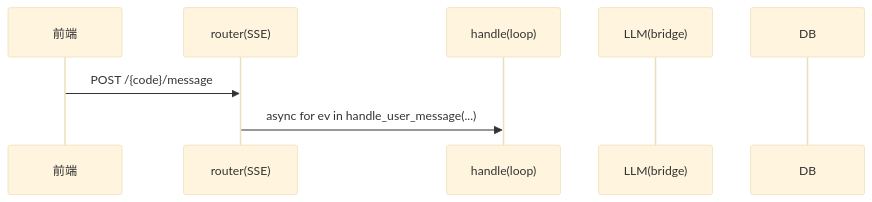
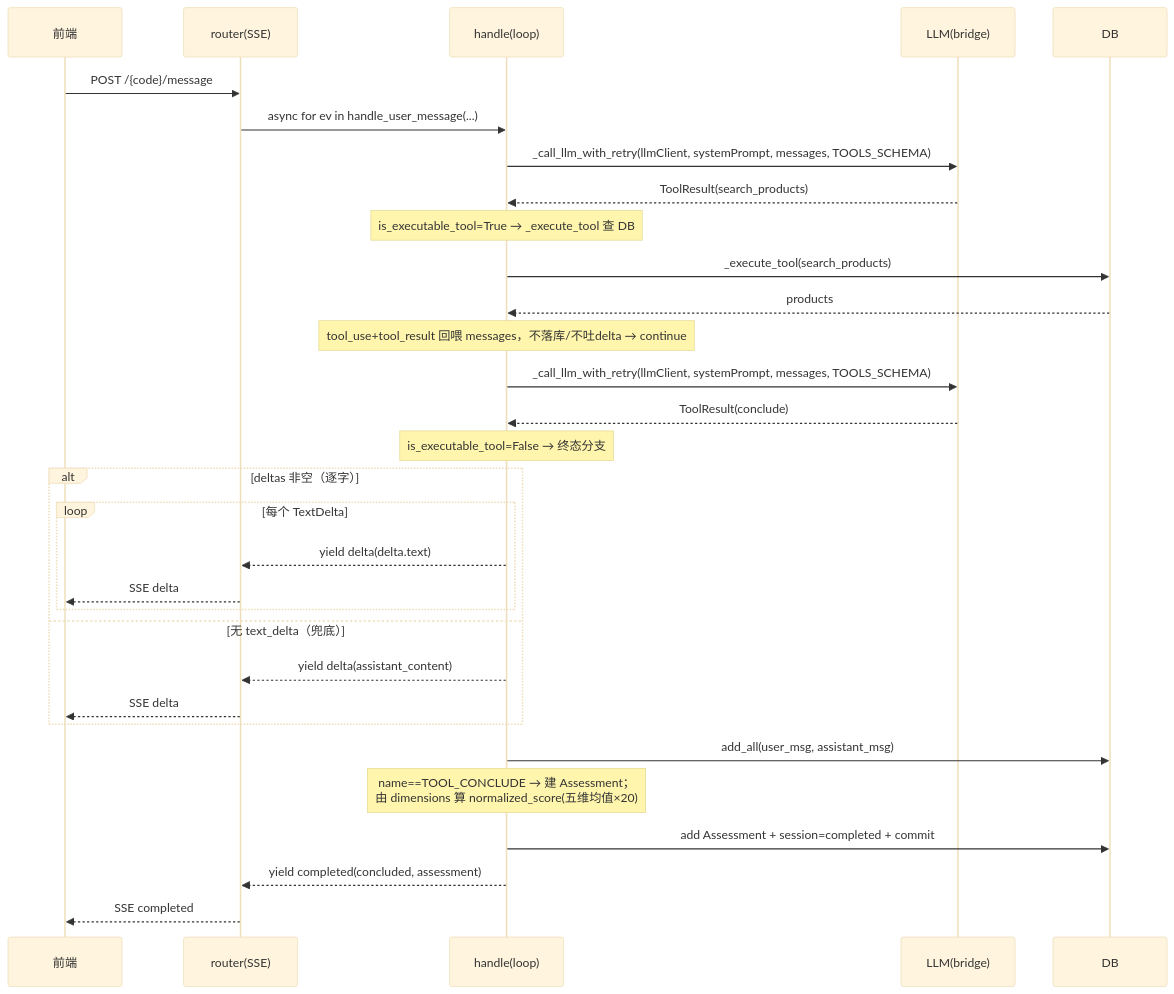
Before and after one commit to hzjconan/ai-FinWise: the second of 3 diagrams in docs/ai-agent-learning/handle-user-message-sequence.md, drawn with Mermaid (base theme).

Commit message:
docs(learning): A#1 时序图路径二（search→conclude）画好
补全路径二：第1轮 LLM 返回 search_products→is_executable=True→_execute_tool 查 DB→
tool_use+tool_result 回喂 messages（不落库/不吐delta）→continue→第2轮返回 conclude→终态收尾。
体现了 agent loop 的核心：可执行工具是「中间步骤」、终态工具是「终点」。路径三仍为 TODO。

````diff
--- a/docs/ai-agent-learning/handle-user-message-sequence.md
+++ b/docs/ai-agent-learning/handle-user-message-sequence.md
@@ -55,16 +55,39 @@
 ```mermaid
 sequenceDiagram
     participant FE as 前端
     participant R as router(SSE)
     participant H as handle(loop)
     participant LLM as LLM(bridge)
     participant DB as DB
 
     FE->>R: POST /{code}/message
     R->>H: async for ev in handle_user_message(...)
     %% TODO 第1轮：LLM 返回 ToolResult(search_products)
+    H->>LLM: _call_llm_with_retry(llmClient, systemPrompt, messages, TOOLS_SCHEMA)
+    LLM-->>H: ToolResult(search_products)
     %% TODO：is_executable_tool=True → _execute_tool 查 DB
+    Note over H: is_executable_tool=True → _execute_tool 查 DB
+    H->>DB: _execute_tool(search_products)
+    DB-->>H: products
     %% TODO：Note over H 标「tool_use+tool_result 回喂 messages，不落库/不吐delta」→ continue
+    Note over H: tool_use+tool_result 回喂 messages，不落库/不吐delta → continue
     %% TODO 第2轮：LLM 返回 conclude（此时 messages 已含 tool_result）
+    H->>LLM: _call_llm_with_retry(llmClient, systemPrompt, messages, TOOLS_SCHEMA)
+    LLM-->>H: ToolResult(conclude)
     %% TODO：落盘/建 Assessment → yield delta/completed → R 转 SSE
+    Note over H: is_executable_tool=False → 终态分支
+        alt deltas 非空（逐字）
+        loop 每个 TextDelta
+            H-->>R: yield delta(delta.text)
+            R-->>FE: SSE delta
+        end
+    else 无 text_delta（兜底）
+        H-->>R: yield delta(assistant_content)
+        R-->>FE: SSE delta
+    end
+    H->>DB: add_all(user_msg, assistant_msg)
+    Note over H: name==TOOL_CONCLUDE → 建 Assessment；<br/>由 dimensions 算 normalized_score(五维均值×20)
+    H->>DB: add Assessment + session=completed + commit
+    H-->>R: yield completed(concluded, assessment)
+    R-->>FE: SSE completed
 ```
````
